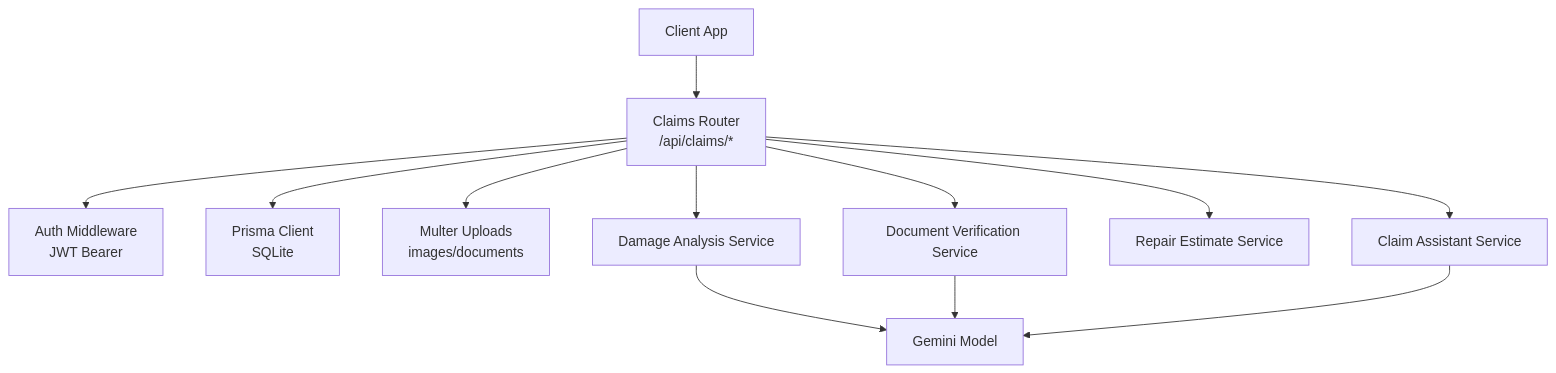
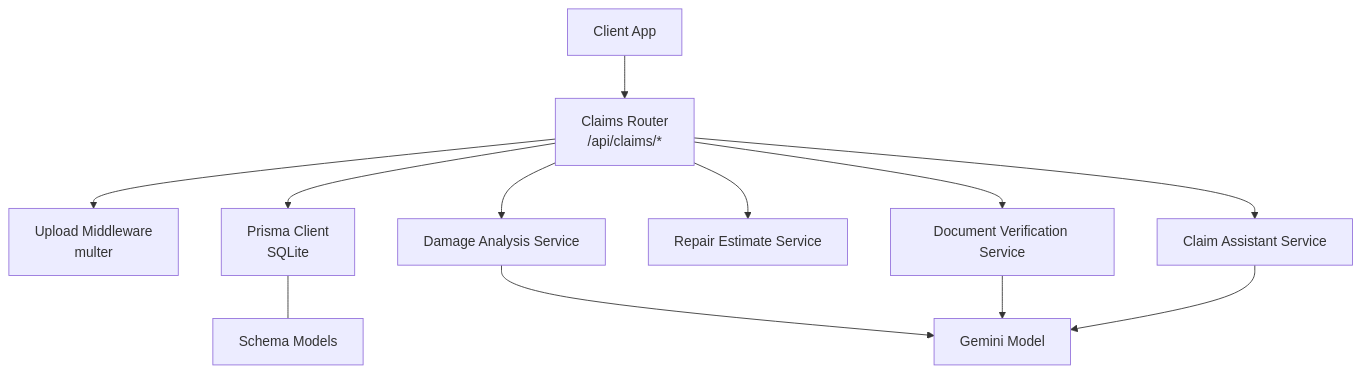
One commit to NaveenHiranya/Smart-Vehicle-Insurance-Claim-System changed the first of 7 diagrams in .qoder/repowiki/en/content/API Reference/Claims API.md. Above: the diagram before and after it, drawn with Mermaid. The commit also changed other lines of this file and 183 other files, not shown here.

````diff
--- a/.qoder/repowiki/en/content/API Reference/Claims API.md
+++ b/.qoder/repowiki/en/content/API Reference/Claims API.md
@@ -35,14 +51,14 @@
 ```mermaid
 graph TB
 Client["Client App"] --> Router["Claims Router<br/>/api/claims/*"]
-Router --> Auth["Auth Middleware<br/>JWT Bearer"]
+Router --> UploadMW["Upload Middleware<br/>multer"]
 Router --> DB["Prisma Client<br/>SQLite"]
-Router --> Upload["Multer Uploads<br/>images/documents"]
-Router --> DamageSvc["Damage Analysis Service"]
-Router --> DocSvc["Document Verification Service"]
-Router --> EstimateSvc["Repair Estimate Service"]
-Router --> ChatSvc["Claim Assistant Service"]
-DamageSvc --> Gemini["Gemini Model"]
-DocSvc --> Gemini
-ChatSvc --> Gemini
+Router --> DA["Damage Analysis Service"]
+Router --> RE["Repair Estimate Service"]
+Router --> DV["Document Verification Service"]
+Router --> CA["Claim Assistant Service"]
+DA --> Gemini["Gemini Model"]
+DV --> Gemini
+CA --> Gemini
+DB --- Models["Schema Models"]
 ```
````
